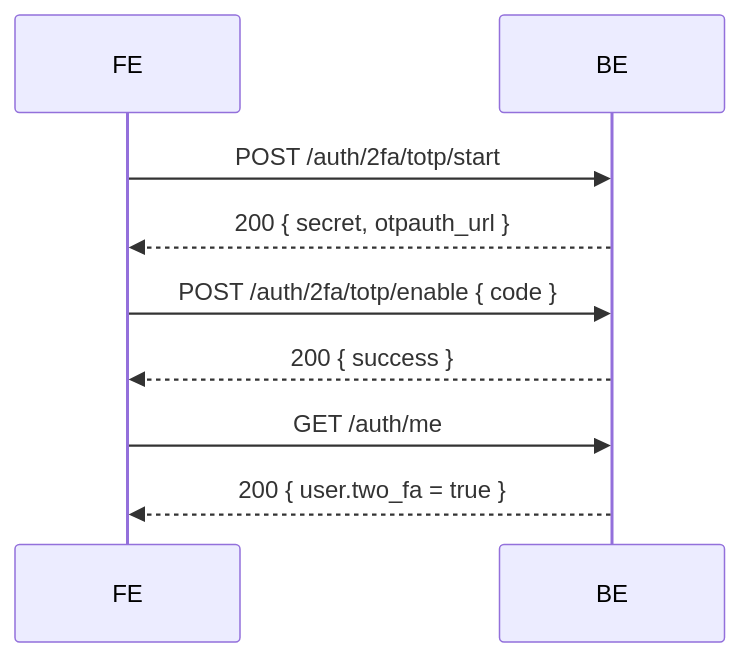
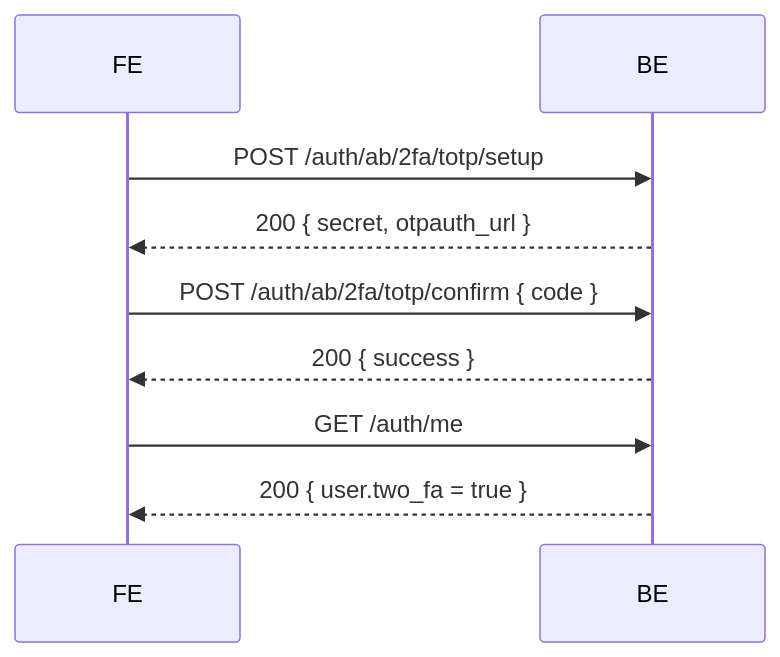
One commit to wangyaxings/source-file-hub changed the second of 2 diagrams in docs/auth.md. Above: the diagram before and after it, drawn with Mermaid. The commit also changed other lines of this file and 5 other files, not shown here.

````diff
--- a/docs/auth.md
+++ b/docs/auth.md
@@ -89,11 +87,11 @@
 ```mermaid
 sequenceDiagram
   participant FE
   participant BE
-  FE->>BE: POST /auth/2fa/totp/start
+  FE->>BE: POST /auth/ab/2fa/totp/setup
   BE-->>FE: 200 { secret, otpauth_url }
-  FE->>BE: POST /auth/2fa/totp/enable { code }
+  FE->>BE: POST /auth/ab/2fa/totp/confirm { code }
   BE-->>FE: 200 { success }
   FE->>BE: GET /auth/me
   BE-->>FE: 200 { user.two_fa = true }
 ```
````
